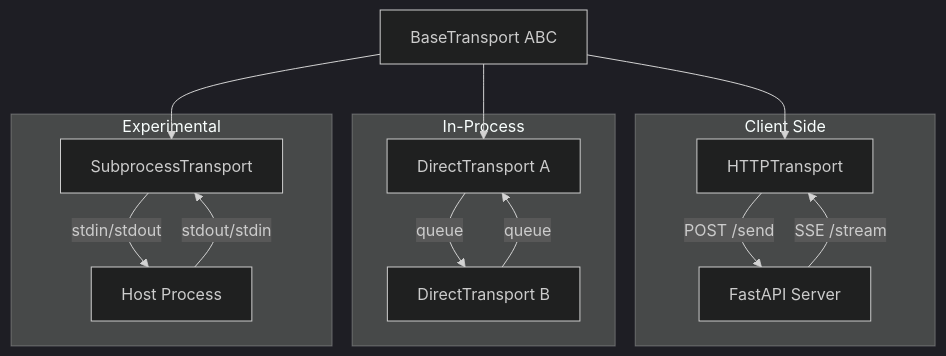
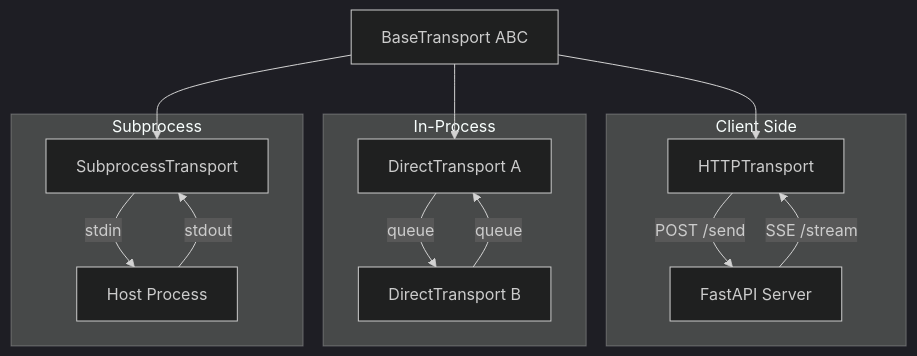
One commit to a2eprotocol/python-sdk changed the diagram in codewiki/architecture/transport-layer.md. Above: the diagram before and after it, drawn with Mermaid (dark theme). The commit also changed other lines of this file and 21 other files, not shown here.

````diff
--- a/codewiki/architecture/transport-layer.md
+++ b/codewiki/architecture/transport-layer.md
@@ -11,21 +17,21 @@
 ```mermaid
 flowchart TD
     subgraph Client Side
         HC[HTTPTransport] -->|POST /send| SV[FastAPI Server]
         SV -->|SSE /stream| HC
     end
 
     subgraph In-Process
         DC[DirectTransport A] -->|queue| DB[DirectTransport B]
         DB -->|queue| DC
     end
 
-    subgraph Experimental
-        SP[SubprocessTransport] -->|stdin/stdout| PR[Host Process]
-        PR -->|stdout/stdin| SP
+    subgraph Subprocess
+        SP[SubprocessTransport] -->|stdin| PR[Host Process]
+        PR -->|stdout| SP
     end
 
     BT[BaseTransport ABC] --> HC
     BT --> DC
     BT --> SP
 ```
````
